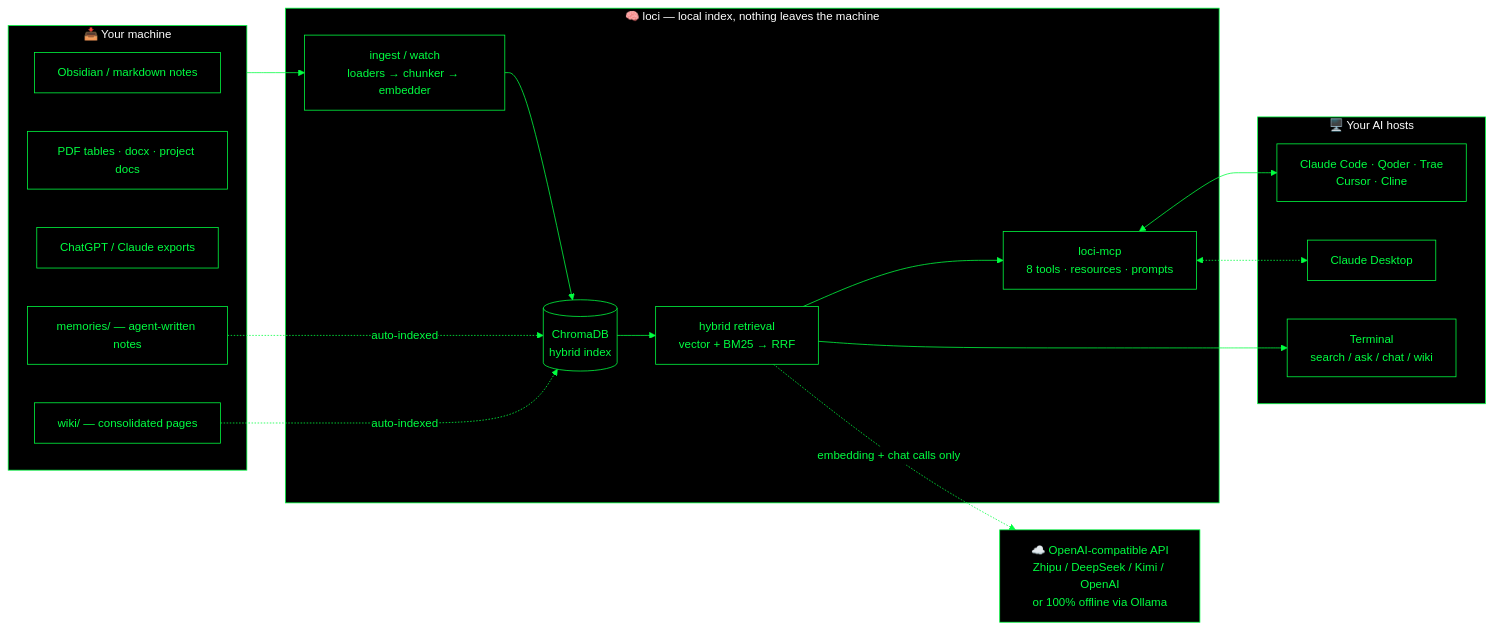
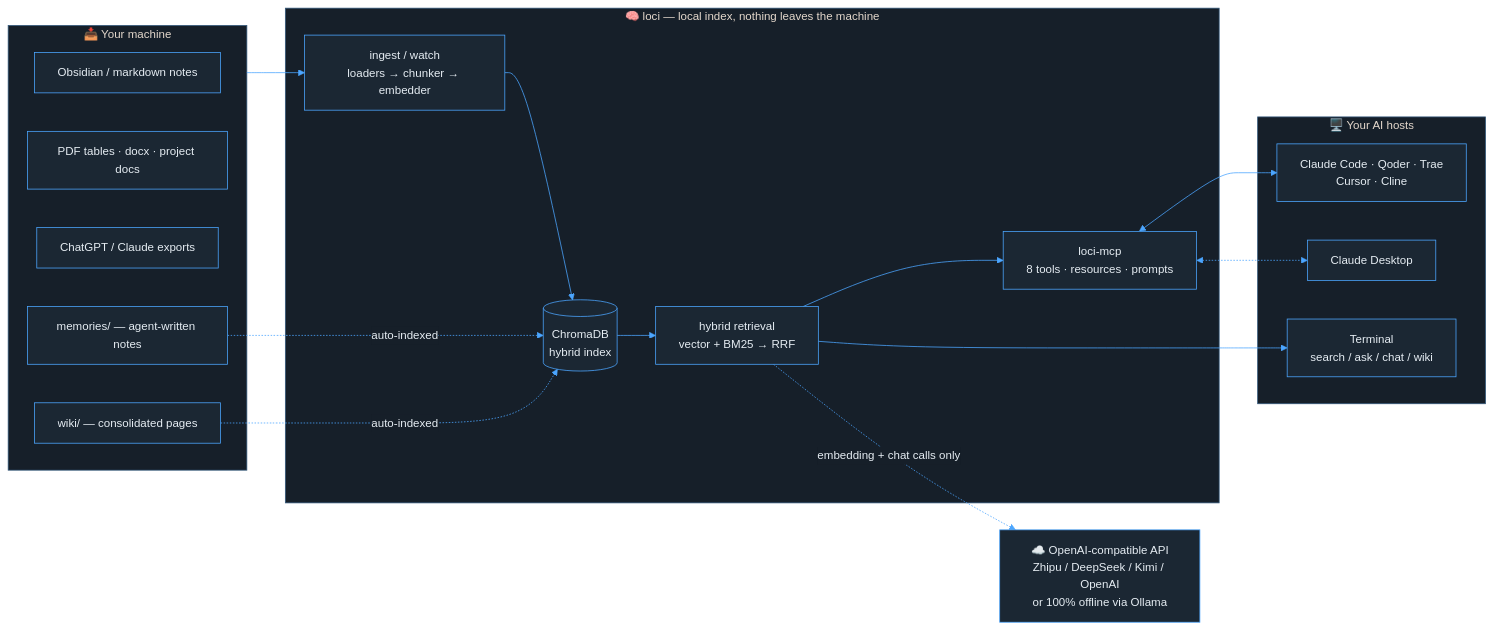
The first of 3 diagrams in README.md (IvenKooLab/loci), drawn with Mermaid before and after one commit. The commit also changed other lines of this file, not shown here.

Commit message:
docs: switch diagrams to graphite-blue professional theme

````diff
--- a/README.md
+++ b/README.md
@@ -112,36 +112,36 @@
 ```mermaid
-%%{init: {'theme':'base','themeVariables':{'background':'#000000','primaryColor':'#000000','primaryTextColor':'#00FF41','primaryBorderColor':'#00FF41','lineColor':'#00FF41','secondaryColor':'#001a00','tertiaryColor':'#000000','clusterBkg':'#000000','clusterBorder':'#00FF41','edgeLabelBackground':'#000000','fontSize':'15px','fontFamily':'Consolas, monospace'},'themeCSS':'.nodeLabel { color: #00FF41 !important; } .edgeLabel { background: #000 !important; color: #00FF41 !important; } .cluster-label { color: #00FF41 !important; }'}}%%
+%%{init: {'theme':'base','themeVariables':{'background':'transparent','primaryColor':'#1B2733','primaryTextColor':'#E6EDF3','primaryBorderColor':'#4CA6FF','lineColor':'#4CA6FF','secondaryColor':'#22303F','tertiaryColor':'#1B2733','clusterBkg':'#161F29','clusterBorder':'#31577A','edgeLabelBackground':'#161F29','fontSize':'15px','fontFamily':'ui-sans-serif, system-ui, sans-serif'},'themeCSS':'.nodeLabel { color: #E6EDF3 !important; } .edgeLabel { color: #9FC3E8 !important; } .cluster-label { color: #7FB3E8 !important; }'}}%%
 flowchart LR
     subgraph sources["📥 Your machine"]
         notes["Obsidian / markdown notes"]
         docs["PDF tables · docx · project docs"]
         chats["ChatGPT / Claude exports"]
         mem["memories/ — agent-written notes"]
         wikidir["wiki/ — consolidated pages"]
     end
 
     subgraph loci["🧠 loci — local index, nothing leaves the machine"]
         ingest["ingest / watch<br>loaders → chunker → embedder"]
         store[("ChromaDB<br>hybrid index")]
         retrieve["hybrid retrieval<br>vector + BM25 → RRF"]
         mcp["loci-mcp<br>8 tools · resources · prompts"]
     end
 
     subgraph hosts["🖥️ Your AI hosts"]
         ide["Claude Code · Qoder · Trae<br>Cursor · Cline"]
         desktop["Claude Desktop"]
         term["Terminal<br>search / ask / chat / wiki"]
     end
 
     api["☁️ OpenAI-compatible API<br>Zhipu / DeepSeek / Kimi / OpenAI<br>or 100% offline via Ollama"]
 
     sources --> ingest --> store
     mem -. auto-indexed .-> store
     wikidir -. auto-indexed .-> store
     store --> retrieve
     retrieve --> term
     retrieve --> mcp
     mcp <--> ide
     mcp <-.-> desktop
     retrieve -. "embedding + chat calls only" .-> api
 ```
````
